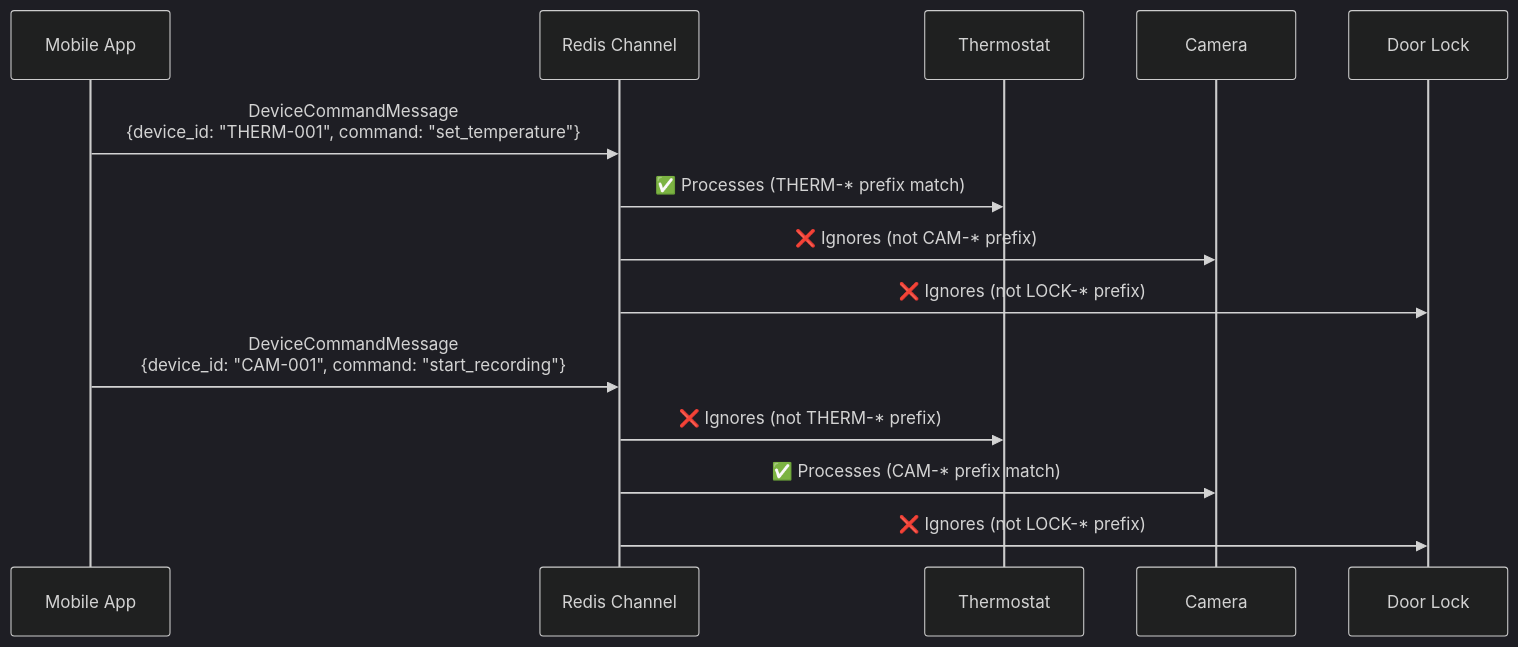
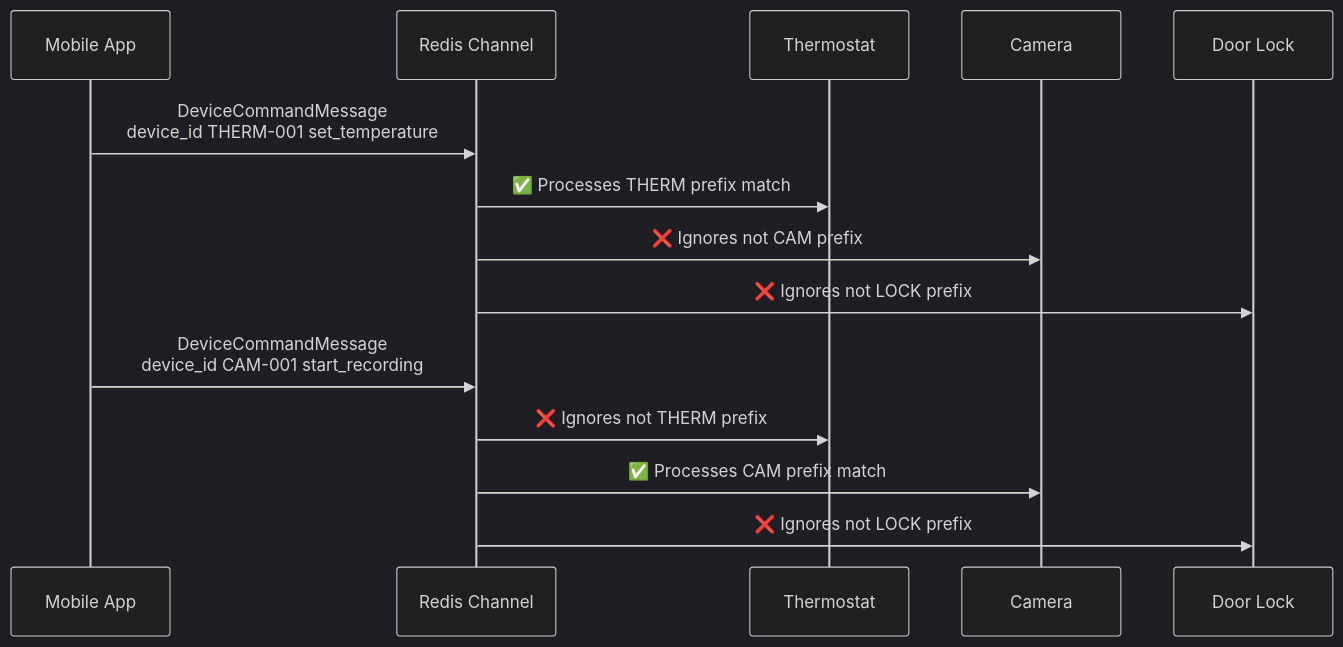
One commit to MadBomber/smart_message changed the second of 4 diagrams in examples/smart_home_iot_dataflow.md. Above: the diagram before and after it, drawn with Mermaid (dark theme). The commit also changed other lines of this file, not shown here.

First line of the commit message:
style: improve diagram formatting for clarity

````diff
--- a/examples/smart_home_iot_dataflow.md
+++ b/examples/smart_home_iot_dataflow.md
@@ -84,18 +84,18 @@
 ```mermaid
 sequenceDiagram
     participant App as Mobile App
     participant Redis as Redis Channel
     participant Therm as Thermostat
     participant Cam as Camera
     participant Lock as Door Lock
 
-    App->>Redis: DeviceCommandMessage<br/>{device_id: "THERM-001", command: "set_temperature"}
-    Redis->>Therm: ✅ Processes (THERM-* prefix match)
-    Redis->>Cam: ❌ Ignores (not CAM-* prefix)
-    Redis->>Lock: ❌ Ignores (not LOCK-* prefix)
+    App->>Redis: DeviceCommandMessage<br/>device_id THERM-001 set_temperature
+    Redis->>Therm: ✅ Processes THERM prefix match
+    Redis->>Cam: ❌ Ignores not CAM prefix
+    Redis->>Lock: ❌ Ignores not LOCK prefix
     
-    App->>Redis: DeviceCommandMessage<br/>{device_id: "CAM-001", command: "start_recording"}
-    Redis->>Therm: ❌ Ignores (not THERM-* prefix)
-    Redis->>Cam: ✅ Processes (CAM-* prefix match)
-    Redis->>Lock: ❌ Ignores (not LOCK-* prefix)
+    App->>Redis: DeviceCommandMessage<br/>device_id CAM-001 start_recording
+    Redis->>Therm: ❌ Ignores not THERM prefix
+    Redis->>Cam: ✅ Processes CAM prefix match
+    Redis->>Lock: ❌ Ignores not LOCK prefix
 ```
````
